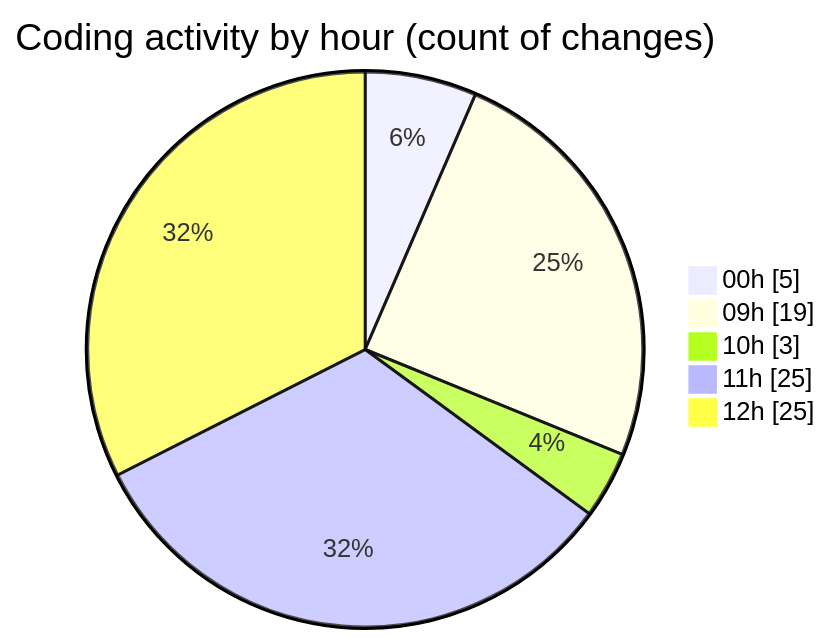
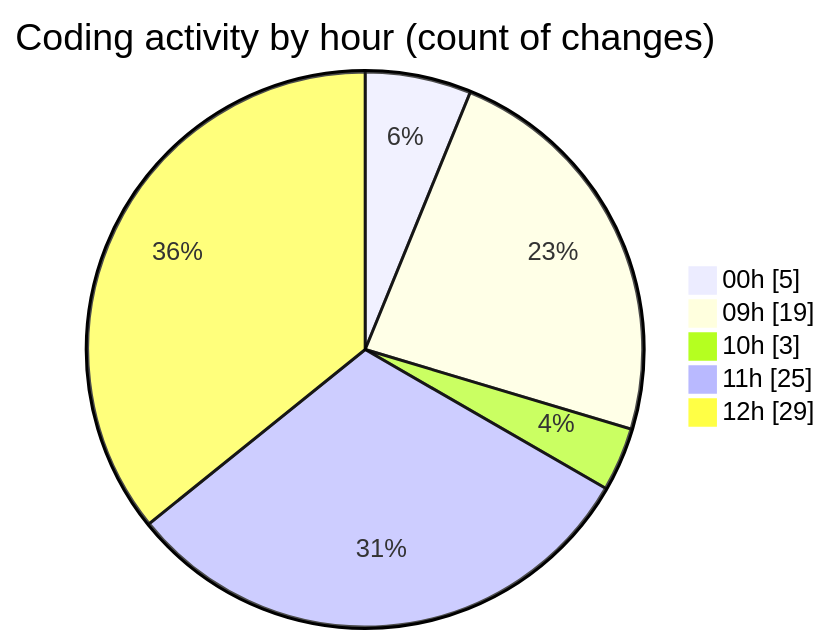
Before and after one commit to julien-gomy/code-tracking: the second of 2 diagrams in 2025-11-19/eventscop-frontend-guide__workspace_/README.md, drawn with Mermaid. The commit also changed other lines of this file and 1 other file, not shown here.

````diff
--- a/2025-11-19/eventscop-frontend-guide__workspace_/README.md
+++ b/2025-11-19/eventscop-frontend-guide__workspace_/README.md
@@ -51,9 +51,9 @@
 ```mermaid
 pie showData
 title Coding activity by hour (count of changes)
 "00h" : 5
 "09h" : 19
 "10h" : 3
 "11h" : 25
-"12h" : 25
+"12h" : 29
 ```
````
